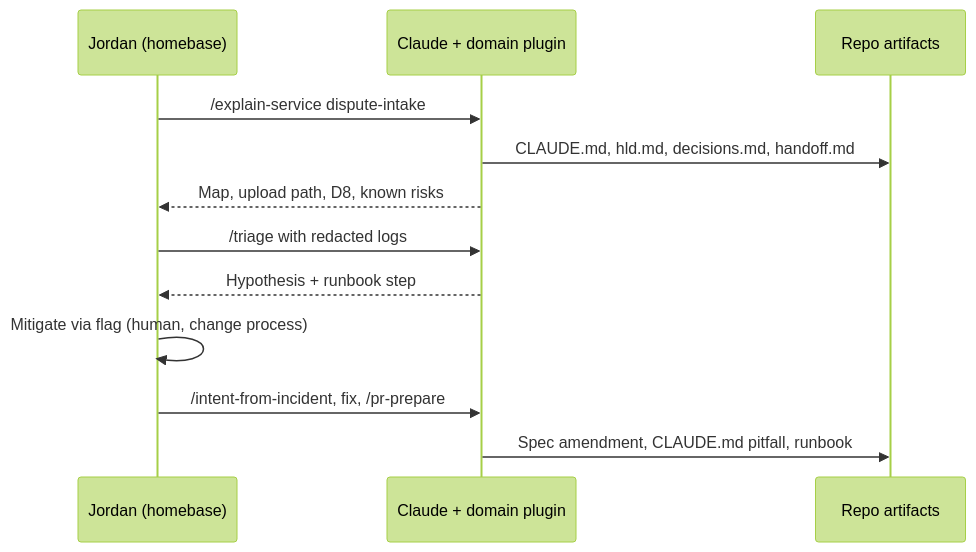
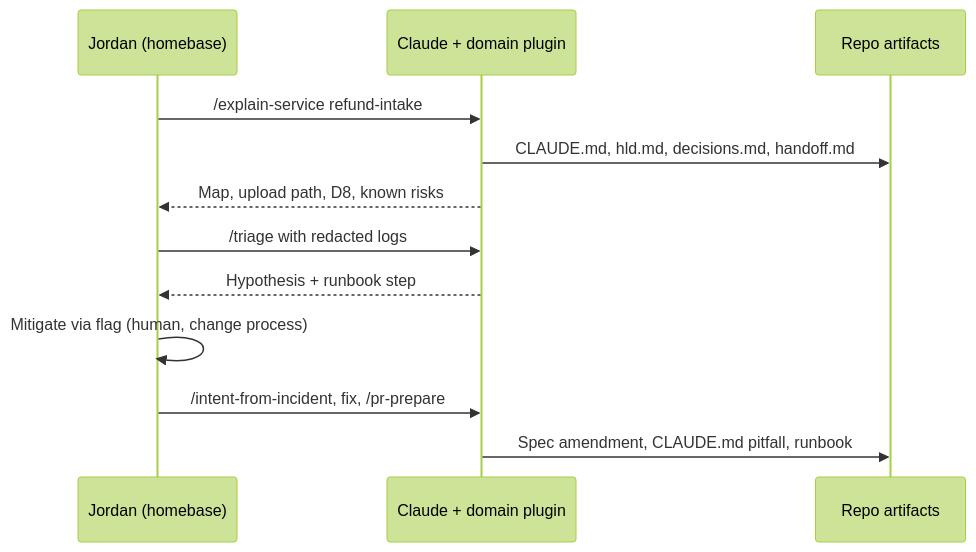
The third of 3 diagrams in docs/03-roles-iteration-examples.md (yganti87/ai-native-sdlc-execution-playbook), drawn with Mermaid (forest theme) before and after one commit. The commit also changed other lines of this file and 3 other files, not shown here.

````diff
--- a/docs/03-roles-iteration-examples.md
+++ b/docs/03-roles-iteration-examples.md
@@ -302,14 +302,14 @@
 ```mermaid
 sequenceDiagram
   participant J as Jordan (homebase)
   participant C as Claude + domain plugin
   participant R as Repo artifacts
-  J->>C: /explain-service dispute-intake
+  J->>C: /explain-service refund-intake
   C->>R: CLAUDE.md, hld.md, decisions.md, handoff.md
   C-->>J: Map, upload path, D8, known risks
   J->>C: /triage with redacted logs
   C-->>J: Hypothesis + runbook step
   J->>J: Mitigate via flag (human, change process)
   J->>C: /intent-from-incident, fix, /pr-prepare
   C->>R: Spec amendment, CLAUDE.md pitfall, runbook
 ```
````
